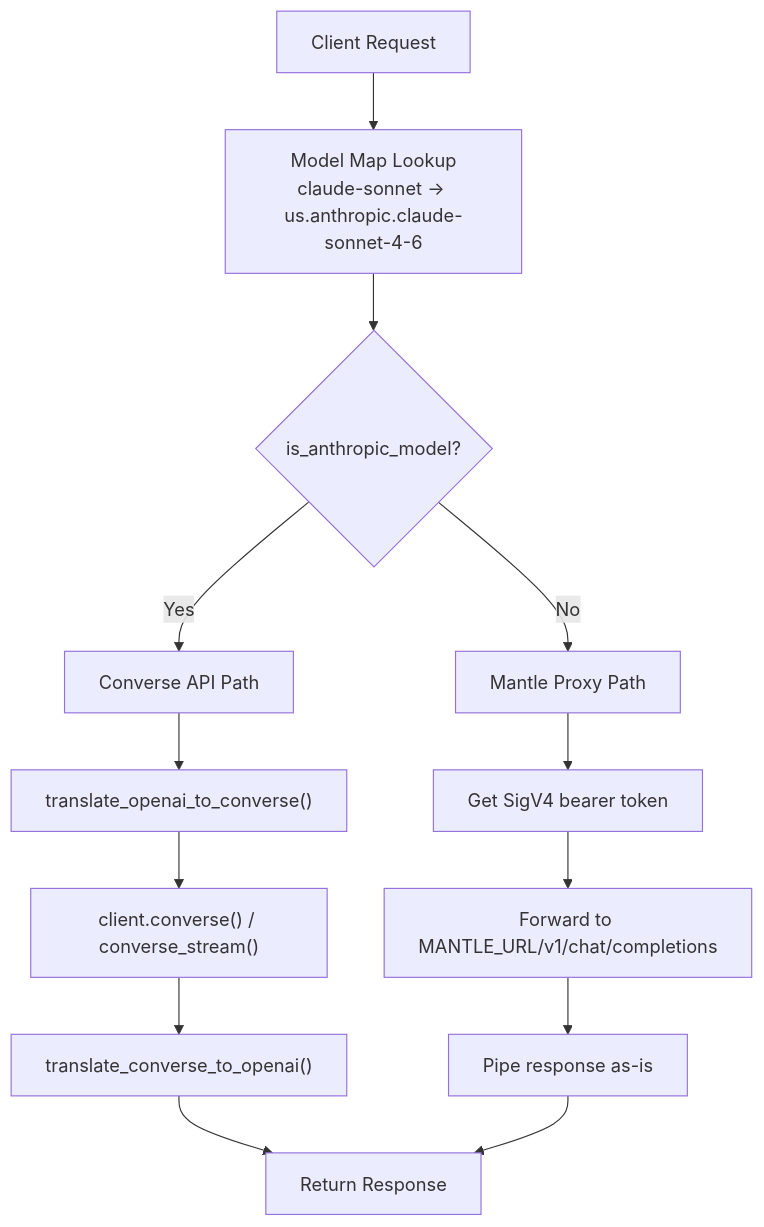
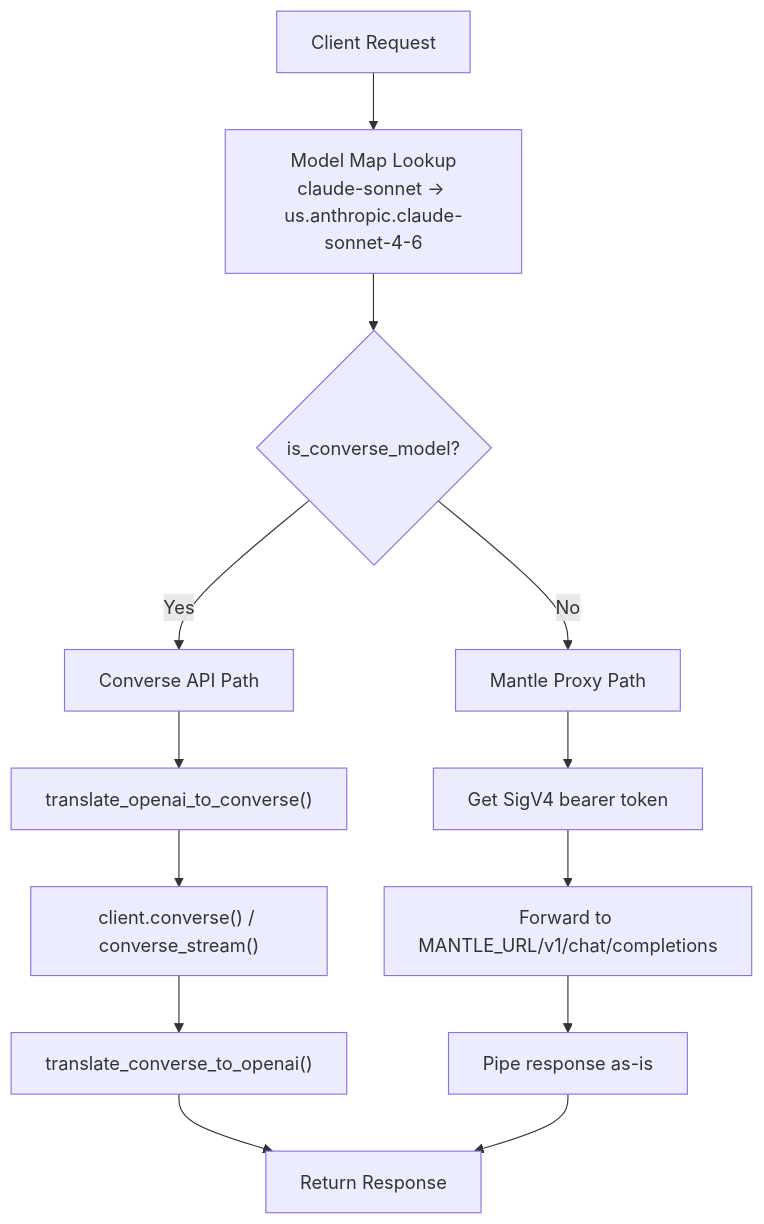
The second of 4 diagrams in docs/ROUTER.md (aws-samples/sample-opencode-with-bedrock), drawn with Mermaid before and after one commit. The commit also changed other lines of this file and 6 other files, not shown here.

````diff
--- a/docs/ROUTER.md
+++ b/docs/ROUTER.md
@@ -111,15 +111,15 @@
 ```mermaid
 flowchart TD
     A["Client Request"] --> B["Model Map Lookup\nclaude-sonnet → us.anthropic.claude-sonnet-4-6"]
-    B --> C{"is_anthropic_model?"}
+    B --> C{"is_converse_model?"}
     C -- "Yes" --> D["Converse API Path"]
     C -- "No" --> E["Mantle Proxy Path"]
     D --> D1["translate_openai_to_converse()"]
     D1 --> D2["client.converse() / converse_stream()"]
     D2 --> D3["translate_converse_to_openai()"]
     D3 --> F["Return Response"]
     E --> E1["Get SigV4 bearer token"]
     E1 --> E2["Forward to MANTLE_URL/v1/chat/completions"]
     E2 --> E3["Pipe response as-is"]
     E3 --> F
 ```
````
